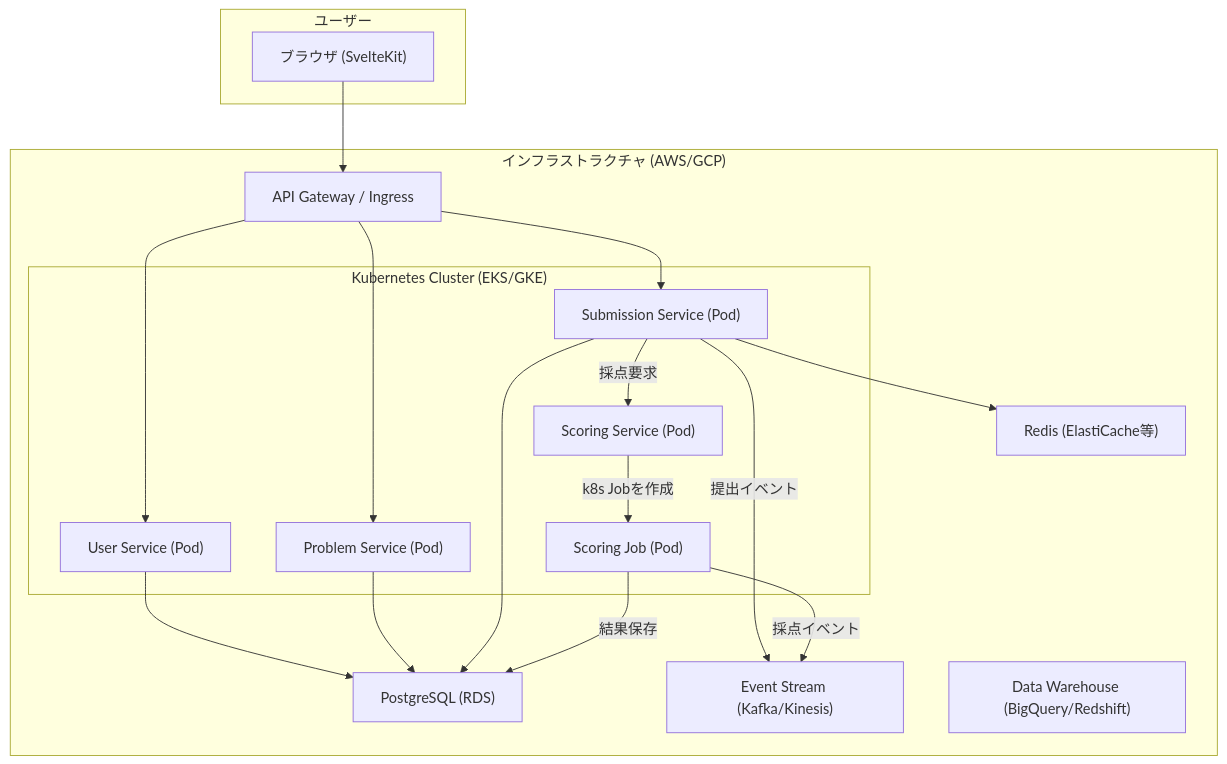
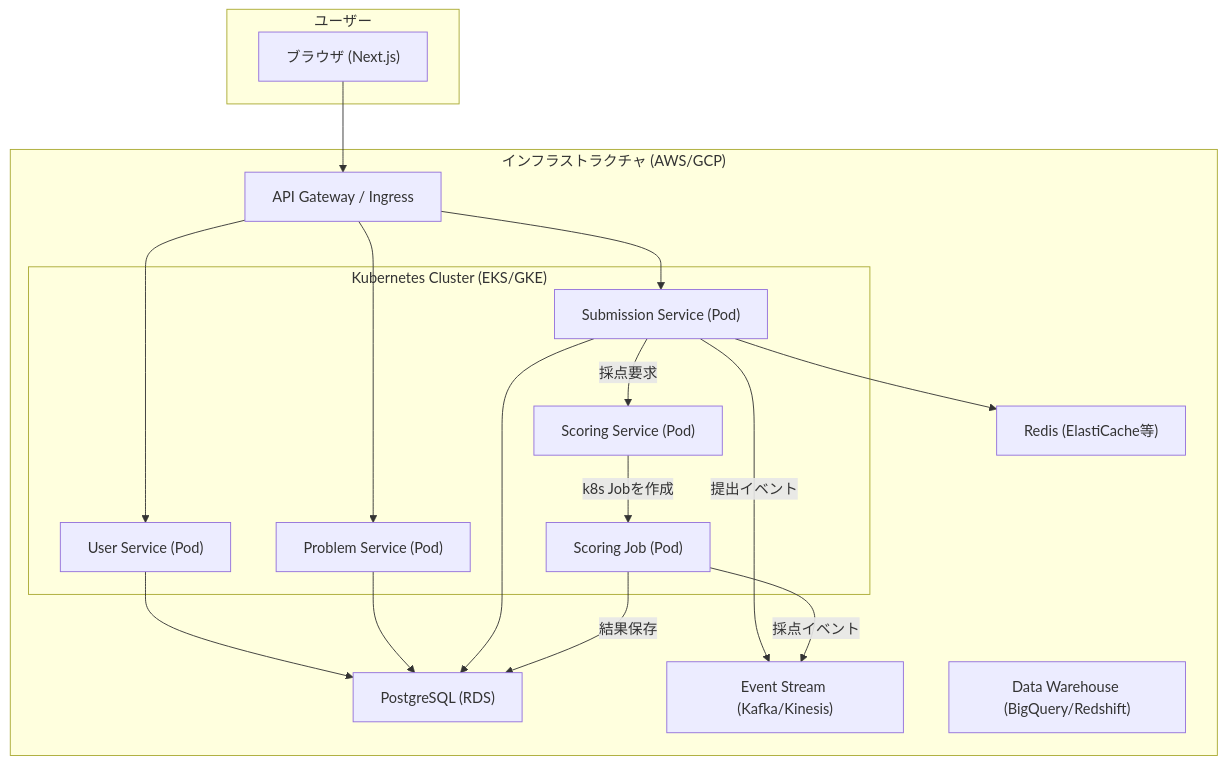
The first of 4 diagrams in docs/design.md (motowo/coding_test_platform), drawn with Mermaid before and after one commit. The commit also changed other lines of this file and 4 other files, not shown here.

````diff
--- a/docs/design.md
+++ b/docs/design.md
@@ -26,39 +26,39 @@
 ```mermaid
 graph TD
     subgraph "ユーザー"
-        A["ブラウザ (SvelteKit)"]
+        A["ブラウザ (Next.js)"]
     end
 
     subgraph "インフラストラクチャ (AWS/GCP)"
         B["API Gateway / Ingress"]
 
         subgraph "Kubernetes Cluster (EKS/GKE)"
             C["User Service (Pod)"]
             D["Problem Service (Pod)"]
             E["Submission Service (Pod)"]
             F["Scoring Service (Pod)"]
             F -- k8s Jobを作成 --> G["Scoring Job (Pod)"]
         end
 
         H["PostgreSQL (RDS)"]
         I["Redis (ElastiCache等)"]
         J["Event Stream (Kafka/Kinesis)"]
         K["Data Warehouse (BigQuery/Redshift)"]
     end
 
     A --> B
 
     B --> C
     B --> D
     B --> E
 
     C --> H
     D --> H
     E --> H
     E --> I
     E -- 提出イベント --> J
 
     E -- 採点要求 --> F
     G -- 結果保存 --> H
     G -- 採点イベント --> J
 ```
````
